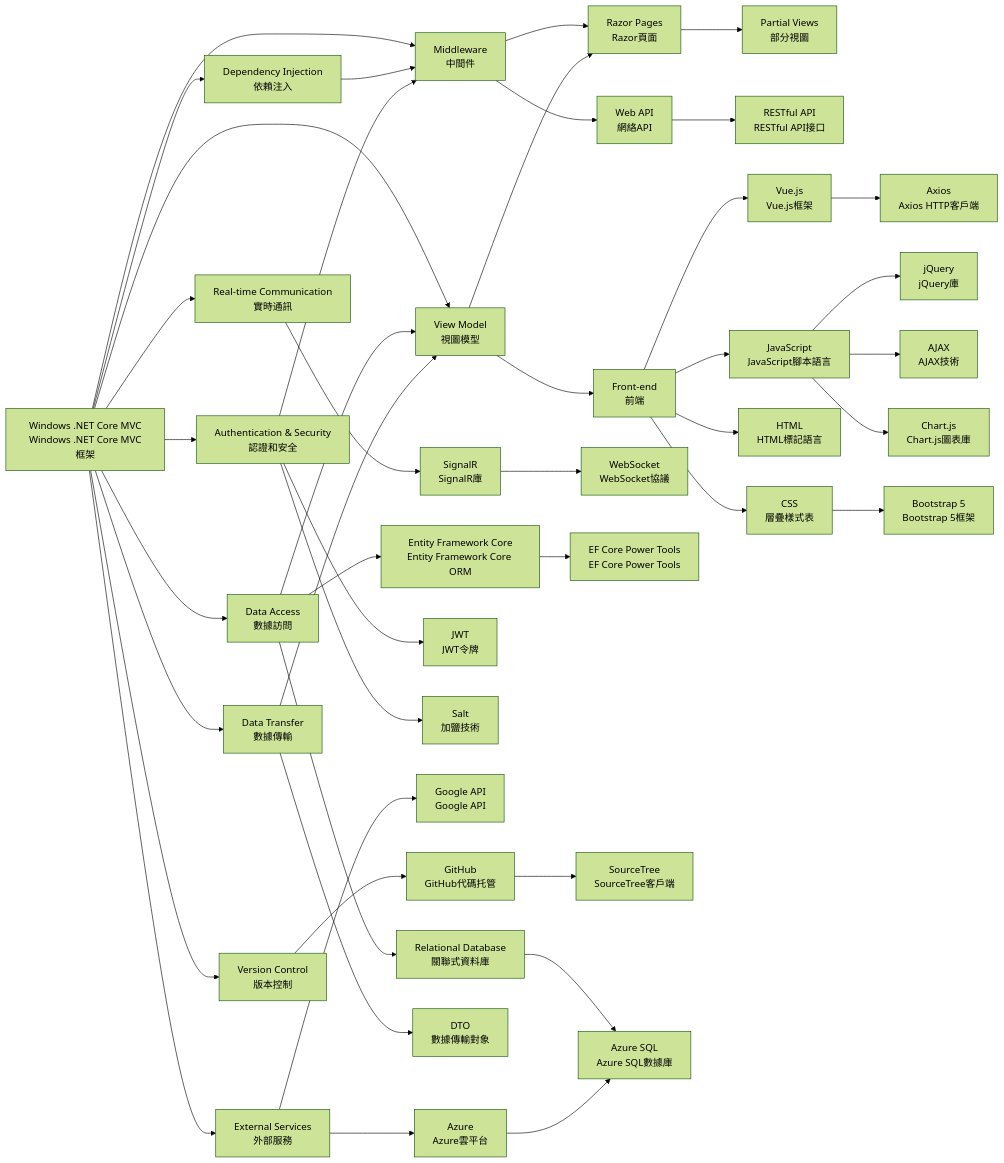
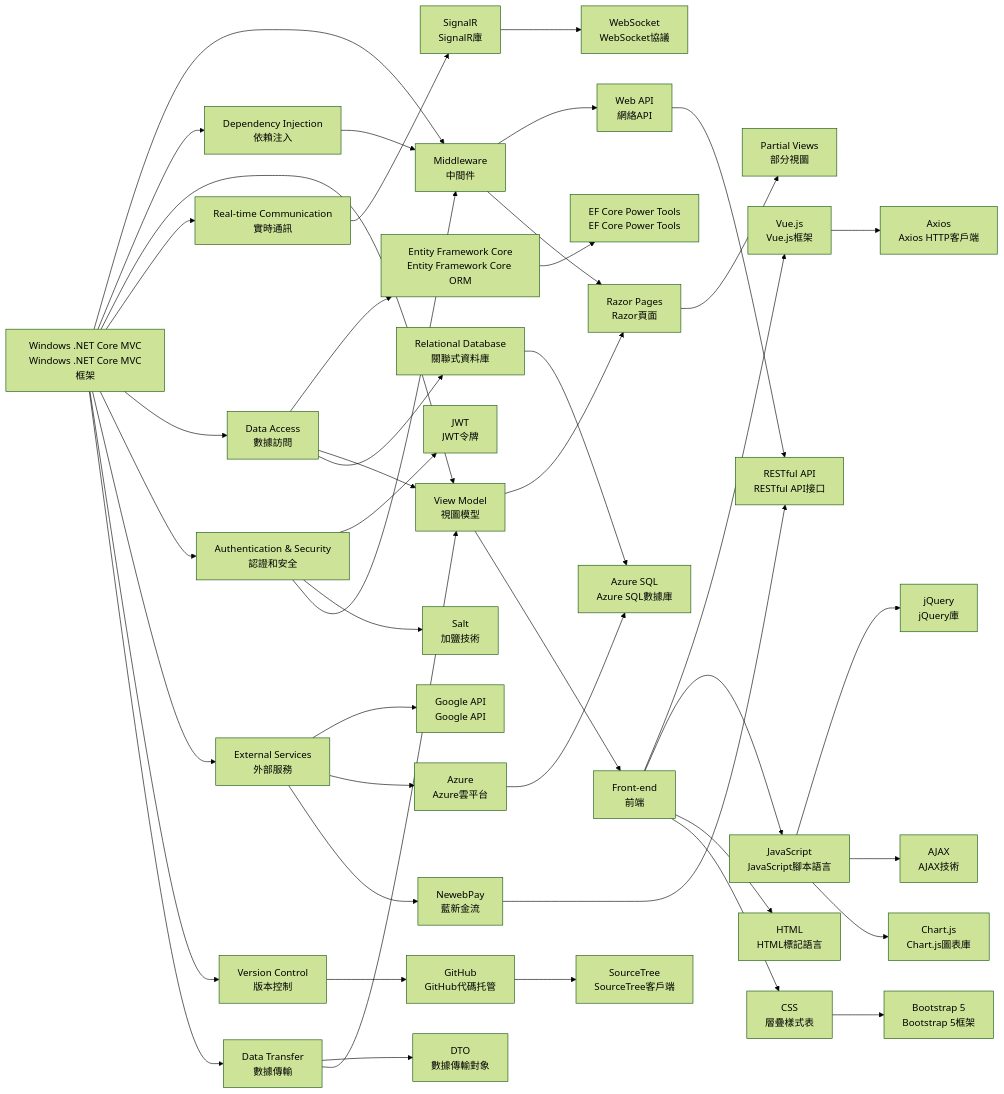
Before and after one commit to Turner-Chang/HaveFun: the diagram in HaveFunTest/tech-stack-flowchart.mermaid, drawn with Mermaid (forest theme).

Commit message:
Update tech-stack-flowchart.mermaid
update2

```diff
--- a/HaveFunTest/tech-stack-flowchart.mermaid
+++ b/HaveFunTest/tech-stack-flowchart.mermaid
@@ -1,43 +1,45 @@
 graph LR
-          A[Windows .NET Core MVC<br>Windows .NET Core MVC框架] --> MW[Middleware<br>中間件]
+      A[Windows .NET Core MVC<br>Windows .NET Core MVC框架] --> MW[Middleware<br>中間件]
     MW --> B[Web API<br>網絡API]
     MW --> C[Razor Pages<br>Razor頁面]
     C --> CP[Partial Views<br>部分視圖]
     B --> D[RESTful API<br>RESTful API接口]
     A --> E[Dependency Injection<br>依賴注入]
     E --> MW
     A --> VM[View Model<br>視圖模型]
     VM --> C
     VM --> F[Front-end<br>前端]
     F --> G[Vue.js<br>Vue.js框架]
     F --> H[JavaScript<br>JavaScript腳本語言]
     F --> I[HTML<br>HTML標記語言]
     F --> CSS[CSS<br>層疊樣式表]
     CSS --> BS[Bootstrap 5<br>Bootstrap 5框架]
     G --> J[Axios<br>Axios HTTP客戶端]
     H --> K[jQuery<br>jQuery庫]
     H --> L[AJAX<br>AJAX技術]
     H --> M[Chart.js<br>Chart.js圖表庫]
     A --> N[Real-time Communication<br>實時通訊]
     N --> O[SignalR<br>SignalR庫]
     O --> P[WebSocket<br>WebSocket協議]
     A --> Q[Data Access<br>數據訪問]
     Q --> R[Entity Framework Core<br>Entity Framework Core ORM]
     R --> S[EF Core Power Tools<br>EF Core Power Tools]
     A --> T[Authentication & Security<br>認證和安全]
     T --> U[JWT<br>JWT令牌]
     T --> V[Salt<br>加鹽技術]
     T --> MW
     A --> W[External Services<br>外部服務]
     W --> X[Google API<br>Google API]
     W --> Y[Azure<br>Azure雲平台]
     A --> Z[Version Control<br>版本控制]
     Z --> AA[GitHub<br>GitHub代碼托管]
     AA --> AB[SourceTree<br>SourceTree客戶端]
     A --> AC[Data Transfer<br>數據傳輸]
     AC --> AD[DTO<br>數據傳輸對象]
     Q --> VM
     AC --> VM
     Q --> RDB[Relational Database<br>關聯式資料庫]
     RDB --> ASQL[Azure SQL<br>Azure SQL數據庫]
     Y --> ASQL
+    W --> BN[NewebPay<br>藍新金流]
+    BN --> D
```
